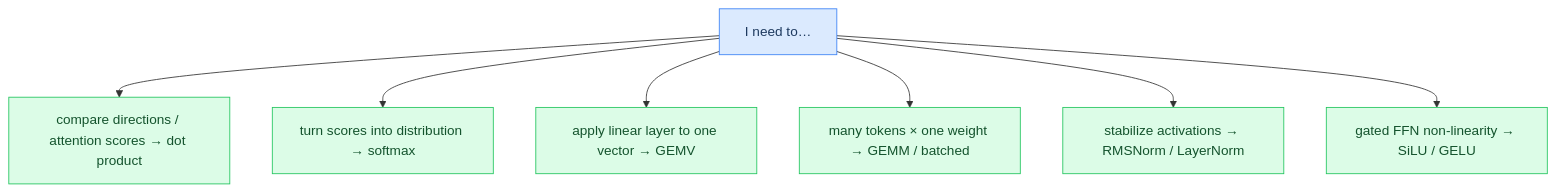
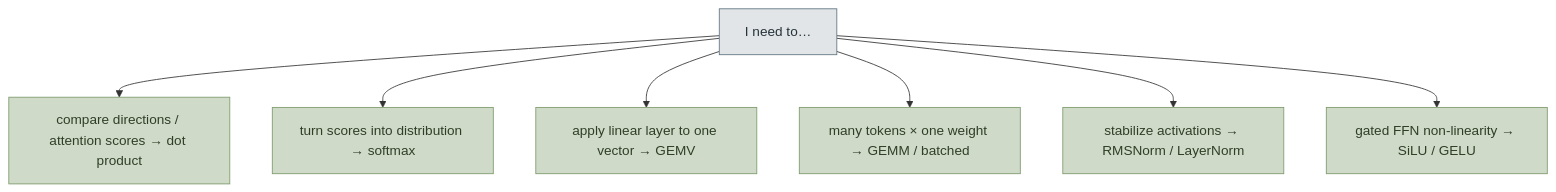
The eighth of 9 diagrams in docs/tutorial/appendix-math.md (maci0/agave), drawn with Mermaid before and after one commit. The commit also changed other lines of this file and 198 other files, not shown here.

Commit message:
docs: re-theme diagram palette to the product ink ramp

````diff
--- a/docs/tutorial/appendix-math.md
+++ b/docs/tutorial/appendix-math.md
@@ -629,12 +629,12 @@
 ```mermaid
 flowchart TD
-    classDef setup fill:#dbeafe,stroke:#3b82f6,color:#1e3a5f
-    classDef sync  fill:#dcfce7,stroke:#22c55e,color:#14532d
+    classDef setup fill:#e2e5e8,stroke:#5f7480,color:#25333a
+    classDef sync  fill:#d0dac9,stroke:#7d9b6a,color:#2f3f26
 
     Need["I need to…"]:::setup --> Dot["compare directions / attention scores → dot product"]:::sync
     Need --> Soft["turn scores into distribution → softmax"]:::sync
     Need --> Gemv["apply linear layer to one vector → GEMV"]:::sync
     Need --> Gemm["many tokens × one weight → GEMM / batched"]:::sync
     Need --> Norm["stabilize activations → RMSNorm / LayerNorm"]:::sync
     Need --> Act["gated FFN non-linearity → SiLU / GELU"]:::sync
 ```
````
